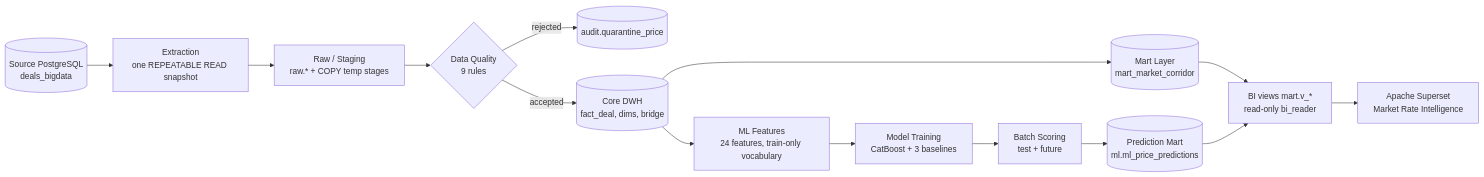
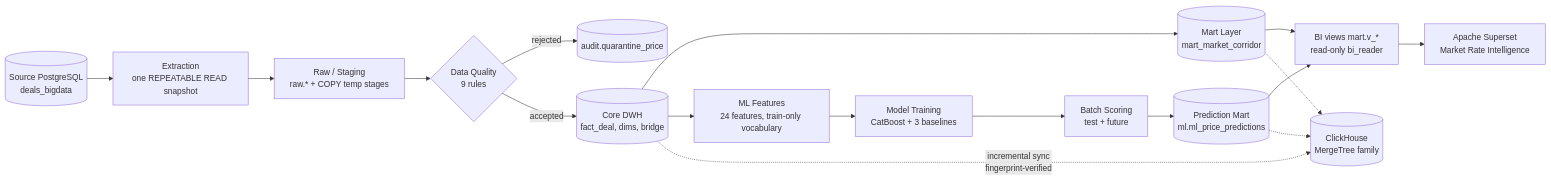
One commit to stackmesh/logistics-data-platform changed the diagram in README.md. Above: the diagram before and after it, drawn with Mermaid. The commit also changed other lines of this file and 4 other files, not shown here.

````diff
--- a/README.md
+++ b/README.md
@@ -70,16 +70,19 @@
 ```mermaid
 flowchart LR
   src[("Source PostgreSQL<br/>deals_bigdata")] --> ext["Extraction<br/>one REPEATABLE READ snapshot"]
   ext --> raw["Raw / Staging<br/>raw.* + COPY temp stages"]
   raw --> dq{"Data Quality<br/>9 rules"}
   dq -->|rejected| q[("audit.quarantine_price")]
   dq -->|accepted| core[("Core DWH<br/>fact_deal, dims, bridge")]
   core --> mart[("Mart Layer<br/>mart_market_corridor")]
   core --> feat["ML Features<br/>24 features, train-only vocabulary"]
   feat --> train["Model Training<br/>CatBoost + 3 baselines"]
   train --> score["Batch Scoring<br/>test + future"]
   score --> pred[("Prediction Mart<br/>ml.ml_price_predictions")]
   mart --> bi["BI views mart.v_*<br/>read-only bi_reader"]
   pred --> bi
   bi --> superset["Apache Superset<br/>Market Rate Intelligence"]
+  core -.->|incremental sync<br/>fingerprint-verified| ch[("ClickHouse<br/>MergeTree family")]
+  mart -.-> ch
+  pred -.-> ch
 ```
````
